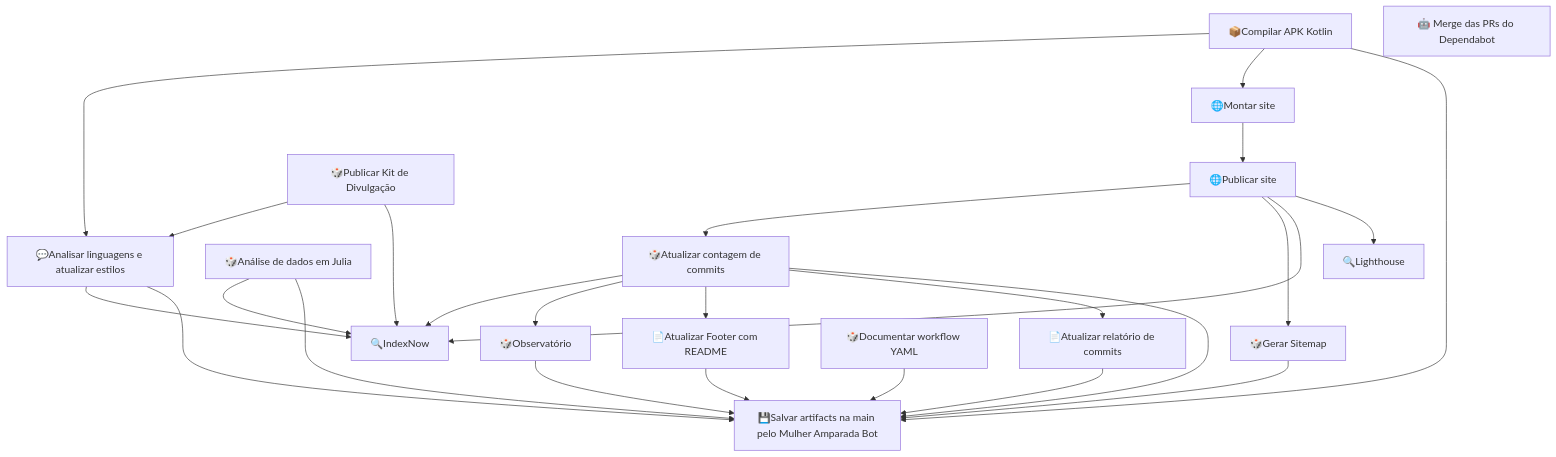
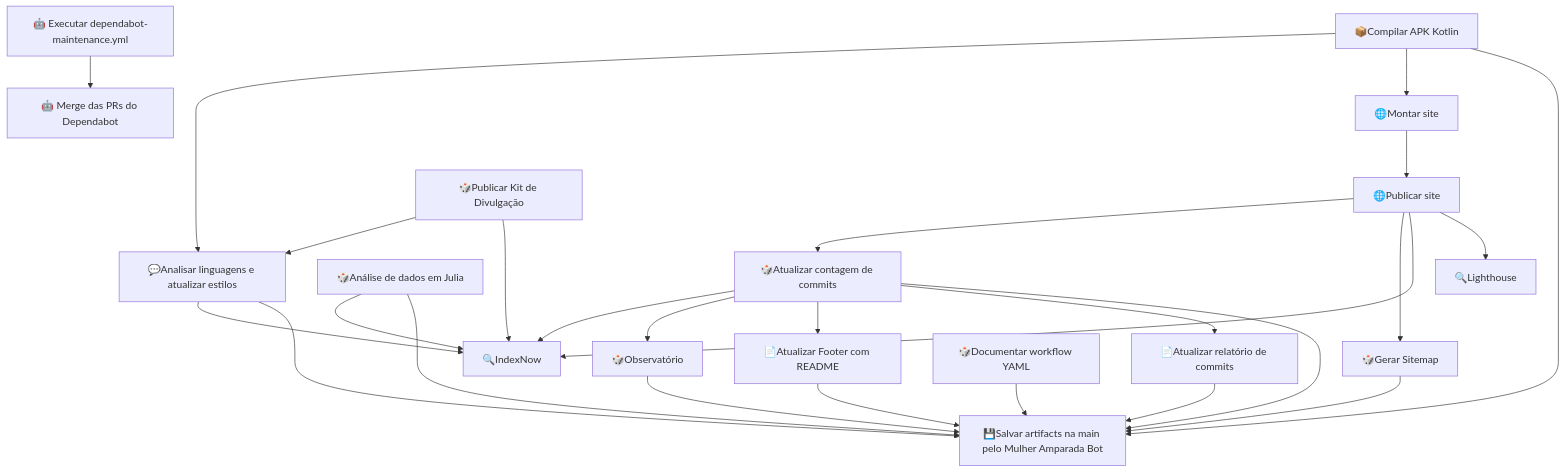
The diagram in pesquisas/workflow.md (mulher-amparada/mulher-amparada-app), drawn with Mermaid before and after one commit. The commit also changed other lines of this file and 7 other files, not shown here.

````diff
--- a/pesquisas/workflow.md
+++ b/pesquisas/workflow.md
@@ -33,43 +34,45 @@
 ```mermaid
 flowchart TD
     job_build["📦Compilar APK Kotlin"]
+    job_executar_dependabot_maintenance["🤖 Executar dependabot-maintenance.yml"]
     job_dependabot_merge["🤖 Merge das PRs do Dependabot"]
     job_linguagens["💬Analisar linguagens e atualizar estilos"]
     job_bot["🎲Análise de dados em Julia"]
     job_build_site["🌐Montar site"]
     job_deploy["🌐Publicar site"]
     job_atualizar_commits["🎲Atualizar contagem de commits"]
     job_sitemap["🎲Gerar Sitemap"]
     job_indexnow["🔍IndexNow"]
     job_lighthouse["🔍Lighthouse"]
     job_publicar_divulgacao["🎲Publicar Kit de Divulgação"]
     job_observatorio["🎲Observatório"]
     job_atualizar_footer["📄Atualizar Footer com README"]
     job_atualizar_relatorio_commits["📄Atualizar relatório de commits"]
     job_pesquisar_projeto["🎲Documentar workflow YAML"]
     job_salvar_na_main["💾Salvar artifacts na main pelo Mulher Amparada Bot"]
+    job_executar_dependabot_maintenance --> job_dependabot_merge
     job_build --> job_linguagens
     job_publicar_divulgacao --> job_linguagens
     job_build --> job_build_site
     job_build_site --> job_deploy
     job_deploy --> job_atualizar_commits
     job_deploy --> job_sitemap
     job_deploy --> job_indexnow
     job_bot --> job_indexnow
     job_linguagens --> job_indexnow
     job_publicar_divulgacao --> job_indexnow
     job_atualizar_commits --> job_indexnow
     job_deploy --> job_lighthouse
     job_atualizar_commits --> job_observatorio
     job_atualizar_commits --> job_atualizar_footer
     job_atualizar_commits --> job_atualizar_relatorio_commits
     job_build --> job_salvar_na_main
     job_linguagens --> job_salvar_na_main
     job_bot --> job_salvar_na_main
     job_atualizar_commits --> job_salvar_na_main
     job_sitemap --> job_salvar_na_main
     job_atualizar_footer --> job_salvar_na_main
     job_atualizar_relatorio_commits --> job_salvar_na_main
     job_pesquisar_projeto --> job_salvar_na_main
     job_observatorio --> job_salvar_na_main
 ```
````
